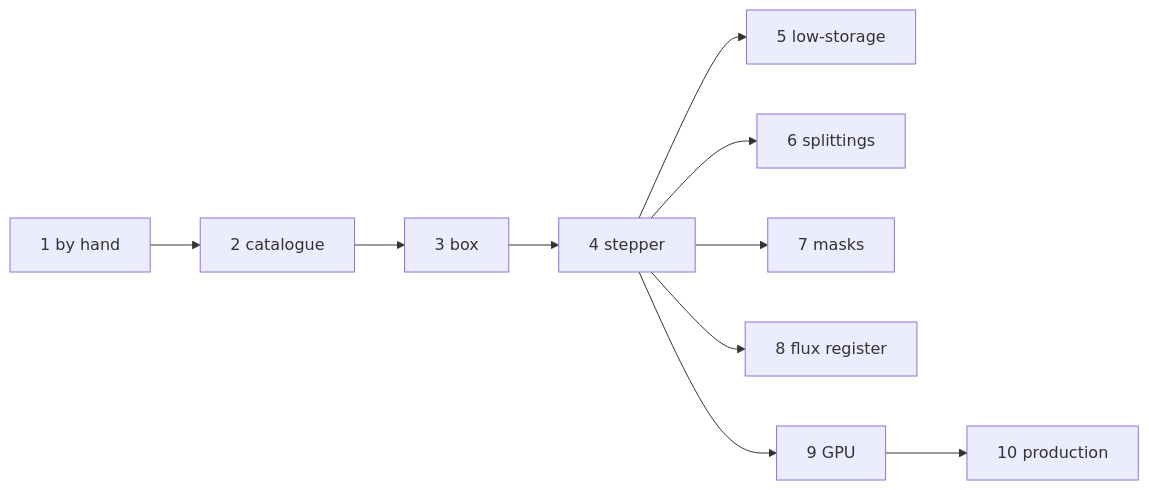
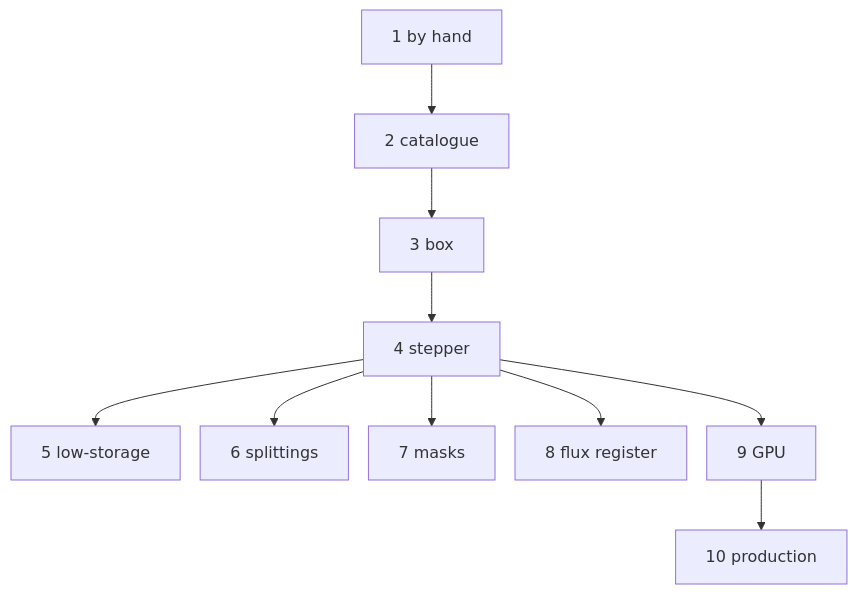
The diagram in docs/tutorial/index.md (szaghi/SELAH), drawn with Mermaid before and after one commit. The commit also changed 5 other files, not shown here.

````diff
--- a/docs/tutorial/index.md
+++ b/docs/tutorial/index.md
@@ -31,9 +31,10 @@
 ```mermaid
-flowchart LR
+%%{init: {"flowchart": {"nodeSpacing": 20}}}%%
+flowchart TD
   A[1 by hand] --> B[2 catalogue] --> C[3 box] --> D[4 stepper]
   D --> E[5 low-storage]
   D --> F[6 splittings]
   D --> G[7 masks]
   D --> H[8 flux register]
   D --> I[9 GPU] --> J[10 production]
 ```
````
